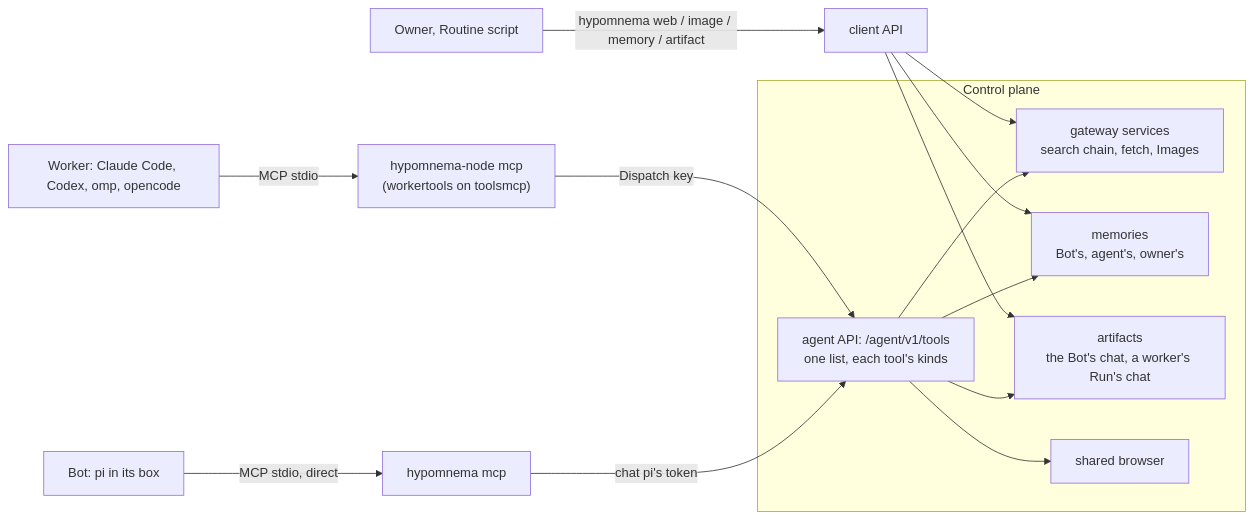
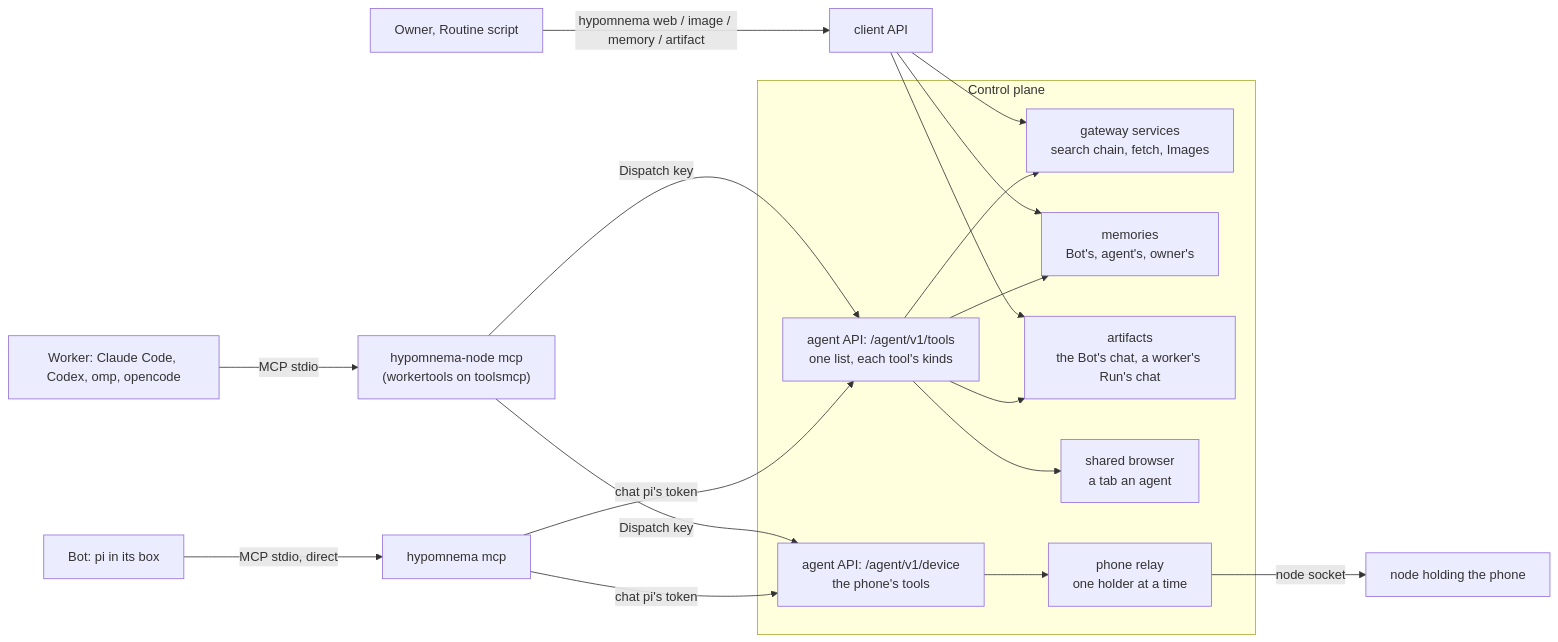
One commit to kl3inIT/hypomnema changed the sixth of 6 diagrams in ARCHITECTURE.md. Above: the diagram before and after it, drawn with Mermaid. The commit also changed other lines of this file and 11 other files, not shown here.

First line of the commit message:
feat(bots): the shared browser and the phone for Bots (#536)

````diff
--- a/ARCHITECTURE.md
+++ b/ARCHITECTURE.md
@@ -2496,14 +2502,18 @@
 ```mermaid
 flowchart LR
     subgraph CP["Control plane"]
         L["agent API: /agent/v1/tools<br/>one list, each tool's kinds"] --> G["gateway services<br/>search chain, fetch, Images"]
         L --> M["memories<br/>Bot's, agent's, owner's"]
         L --> A["artifacts<br/>the Bot's chat, a worker's Run's chat"]
-        L --> BR["shared browser"]
+        L --> BR["shared browser<br/>a tab an agent"]
+        D["agent API: /agent/v1/device<br/>the phone's tools"] --> PH["phone relay<br/>one holder at a time"]
     end
+    PH -- "node socket" --> PN["node holding the phone"]
     P["Bot: pi in its box"] -- "MCP stdio, direct" --> B["hypomnema mcp"] -- "chat pi's token" --> L
+    B -- "chat pi's token" --> D
     W["Worker: Claude Code, Codex, omp, opencode"] -- "MCP stdio" --> N["hypomnema-node mcp<br/>(workertools on toolsmcp)"] -- "Dispatch key" --> L
+    N -- "Dispatch key" --> D
     O["Owner, Routine script"] -- "hypomnema web / image / memory / artifact" --> C["client API"] --> G
     C --> M
     C --> A
 ```
````
